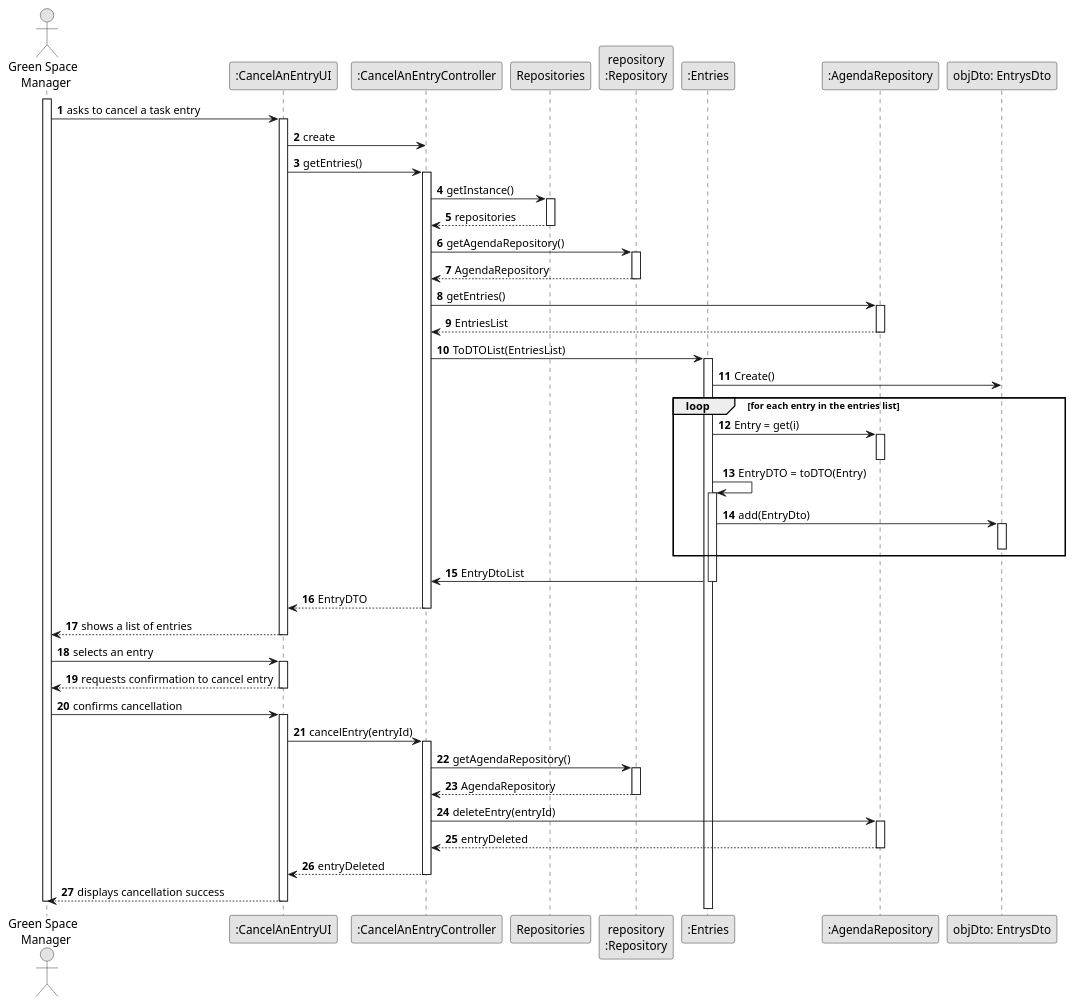
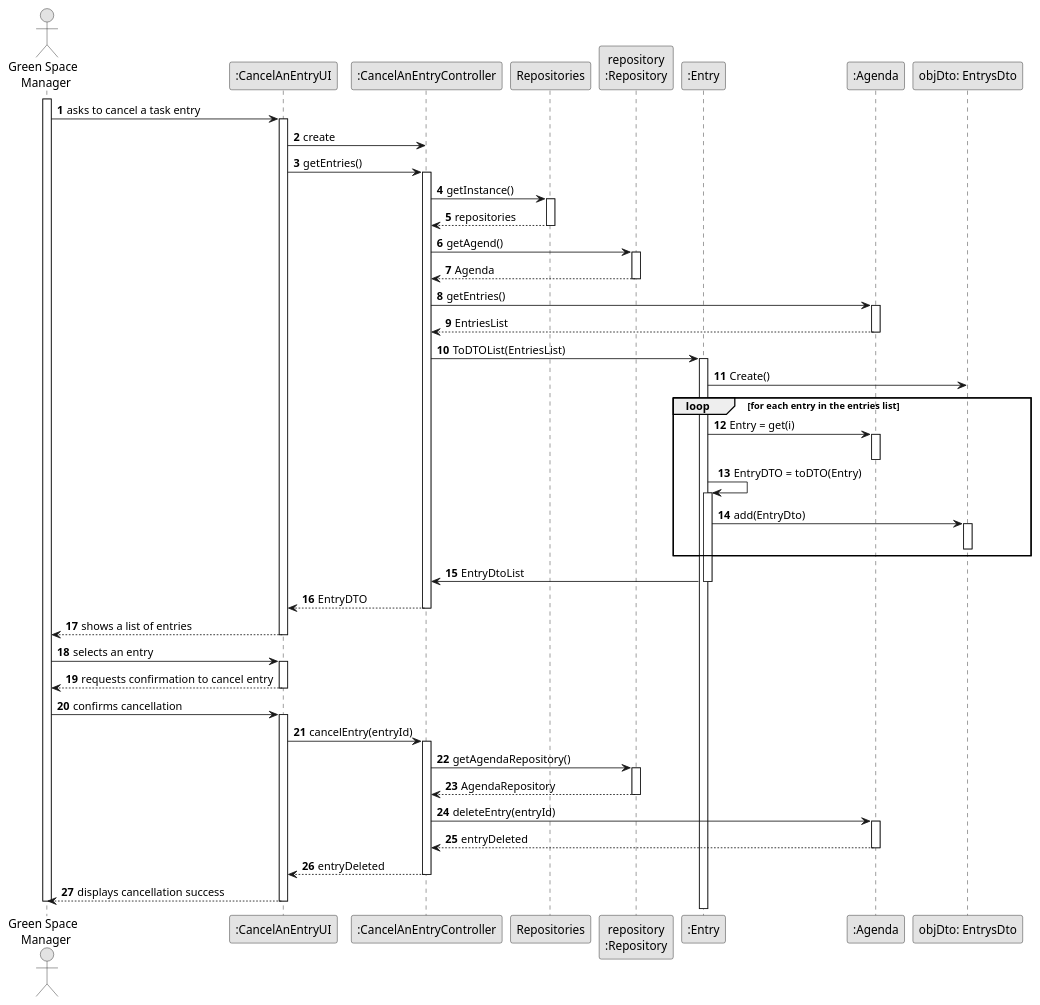
The diagram in docs/sprintC/us025/03.design/puml/us025-sequence-diagram-full.puml (rpedros02/lei-24-s2-1DL-g08), drawn with PlantUML before and after one commit. The commit also changed 5 other files, not shown here.

```diff
--- a/docs/sprintC/us025/03.design/puml/us025-sequence-diagram-full.puml
+++ b/docs/sprintC/us025/03.design/puml/us025-sequence-diagram-full.puml
@@ -1,96 +1,96 @@
 @startuml
 skinparam monochrome true
 skinparam packageStyle rectangle
 skinparam shadowing false
 
 autonumber
 
 actor "Green Space \n Manager" as GSM
 participant ":CancelAnEntryUI" as UI
 participant ":CancelAnEntryController" as CTRL
 participant "Repositories" as RepositorySingleton
 participant "repository\n:Repository" as PLAT
-participant ":Entries" as MAP
-participant ":AgendaRepository" as URG
+participant ":Entry" as MAP
+participant ":Agenda" as URG
 participant "objDto: EntrysDto" as GDTO
 
 
 activate GSM
 
     GSM -> UI : asks to cancel a task entry
     activate UI
         UI -> CTRL : create
         UI -> CTRL : getEntries()
         activate CTRL
 
             CTRL -> RepositorySingleton : getInstance()
             activate RepositorySingleton
 
                 RepositorySingleton --> CTRL : repositories
             deactivate RepositorySingleton
 
-            CTRL -> PLAT : getAgendaRepository()
+            CTRL -> PLAT : getAgend()
             activate PLAT
 
-                PLAT --> CTRL : AgendaRepository
+                PLAT --> CTRL : Agenda
             deactivate PLAT
 
             CTRL -> URG : getEntries()
             activate URG
 
                 URG --> CTRL : EntriesList
             deactivate URG
 
             CTRL -> MAP : ToDTOList(EntriesList)
             activate MAP
                 MAP -> GDTO: Create()
                 loop for each entry in the entries list
                 MAP -> URG: Entry = get(i)
                 activate URG
                 deactivate URG
                 MAP -> MAP: EntryDTO = toDTO(Entry)
                 activate MAP
                 MAP -> GDTO: add(EntryDto)
 
                 activate GDTO
                 deactivate GDTO
                 end
                 MAP -> CTRL: EntryDtoList
             deactivate MAP
 
             CTRL --> UI : EntryDTO
         deactivate CTRL
 
         UI --> GSM : shows a list of entries
     deactivate UI
 GSM -> UI : selects an entry
     activate UI
 
         UI --> GSM : requests confirmation to cancel entry
     deactivate UI
 
     GSM -> UI : confirms cancellation
     activate UI
         UI -> CTRL : cancelEntry(entryId)
         activate CTRL
 
             CTRL -> PLAT : getAgendaRepository()
             activate PLAT
 
                 PLAT --> CTRL : AgendaRepository
             deactivate PLAT
 
             CTRL -> URG : deleteEntry(entryId)
             activate URG
 
                 URG --> CTRL : entryDeleted
             deactivate URG
 
         CTRL --> UI : entryDeleted
         deactivate CTRL
 
         UI --> GSM : displays cancellation success
     deactivate UI
 deactivate GSM
 
 @enduml
```
